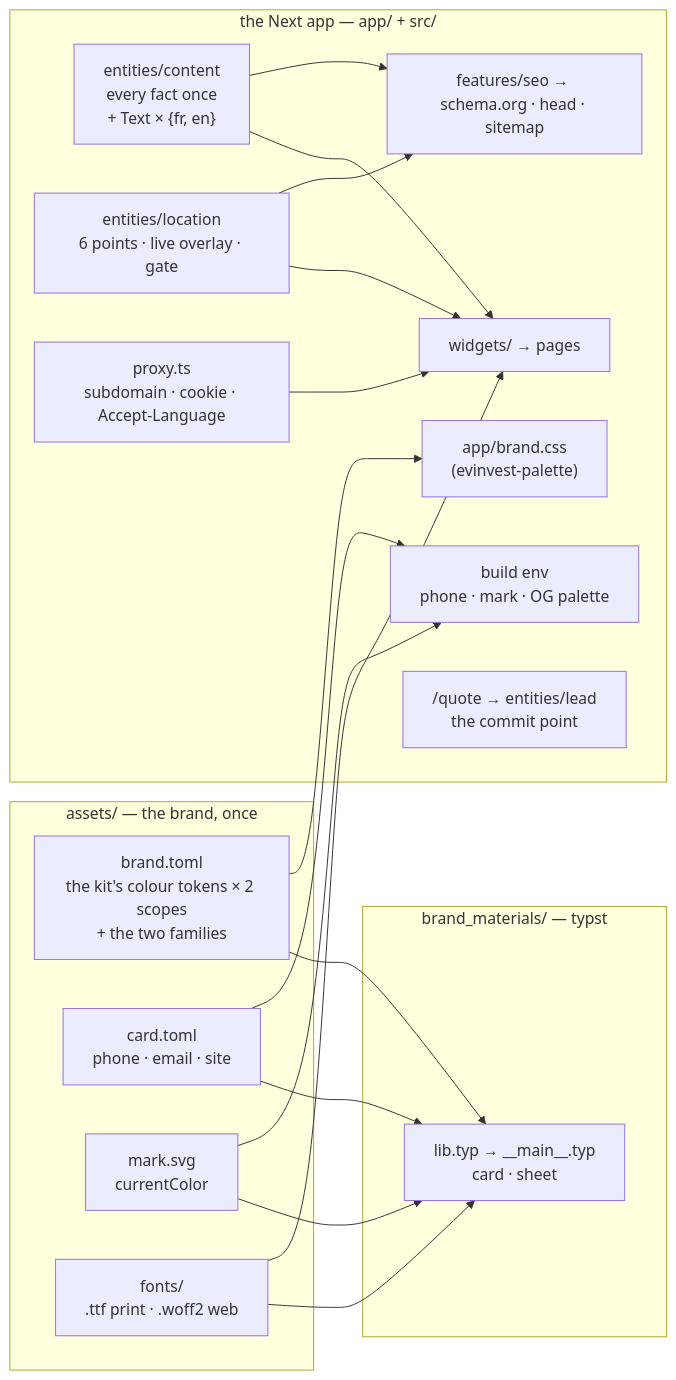
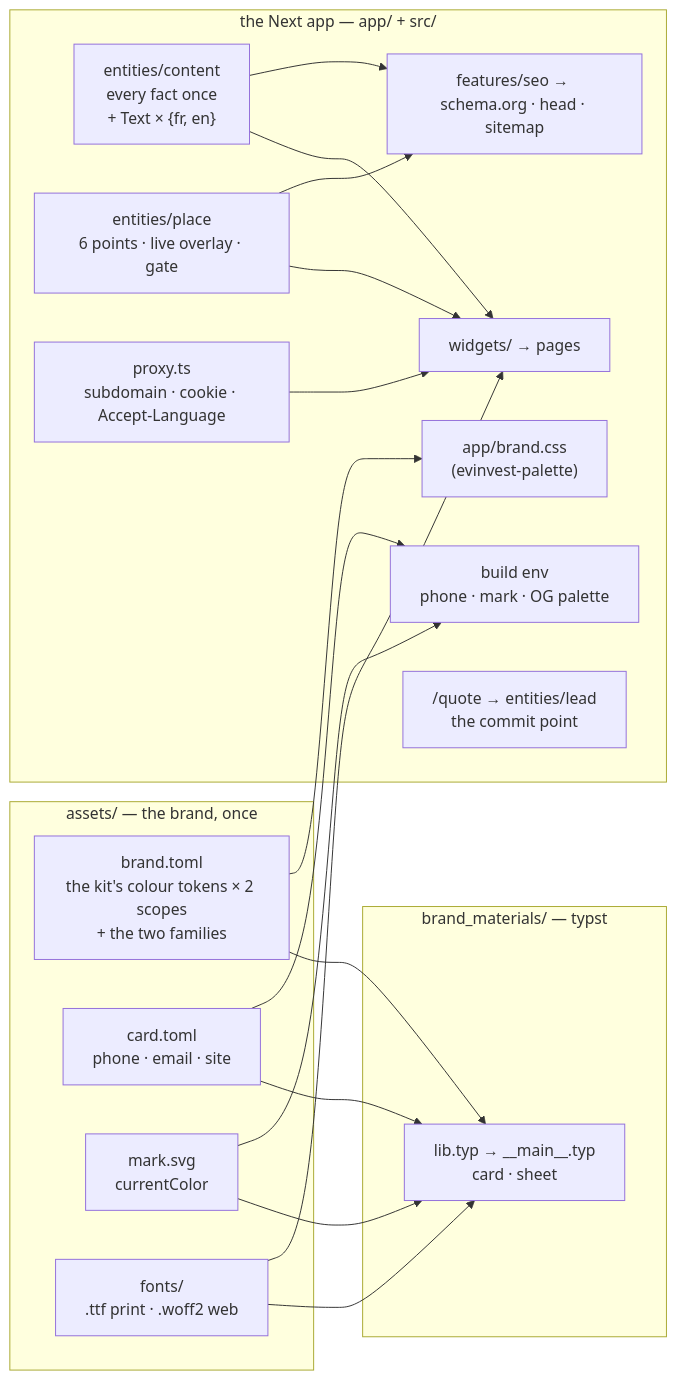
The diagram in docs/ARCHITECTURE.md (Service-Arb/aquafix), drawn with Mermaid before and after one commit. The commit also changed other lines of this file and 57 other files, not shown here.

Commit message:
refactor(place): model presence as a union and the gate as a policy

````diff
--- a/docs/ARCHITECTURE.md
+++ b/docs/ARCHITECTURE.md
@@ -8,32 +8,32 @@
 ```mermaid
 flowchart LR
     subgraph shared["assets/ — the brand, once"]
       B["brand.toml<br/>the kit's colour tokens × 2 scopes<br/>+ the two families"]
       C["card.toml<br/>phone · email · site"]
       M["mark.svg<br/>currentColor"]
       F["fonts/<br/>.ttf print · .woff2 web"]
     end
     subgraph card["brand_materials/ — typst"]
       T["lib.typ → __main__.typ<br/>card · sheet"]
     end
     subgraph site["the Next app — app/ + src/"]
       P["app/brand.css<br/>(evinvest-palette)"]
       E["build env<br/>phone · mark · OG palette"]
       K["entities/content<br/>every fact once<br/>+ Text × {fr, en}"]
-      L["entities/location<br/>6 points · live overlay · gate"]
+      L["entities/place<br/>6 points · live overlay · gate"]
       K --> W["widgets/ → pages"]
       L --> W
       K --> D["features/seo → schema.org · head · sitemap"]
       L --> D
       R["proxy.ts<br/>subdomain · cookie · Accept-Language"] --> W
       Q["/quote → entities/lead<br/>the commit point"]
     end
     B --> T
     C --> T
     M --> T
     F --> T
     B --> P
     C --> E
     M --> E
     F --> W
 ```
````
